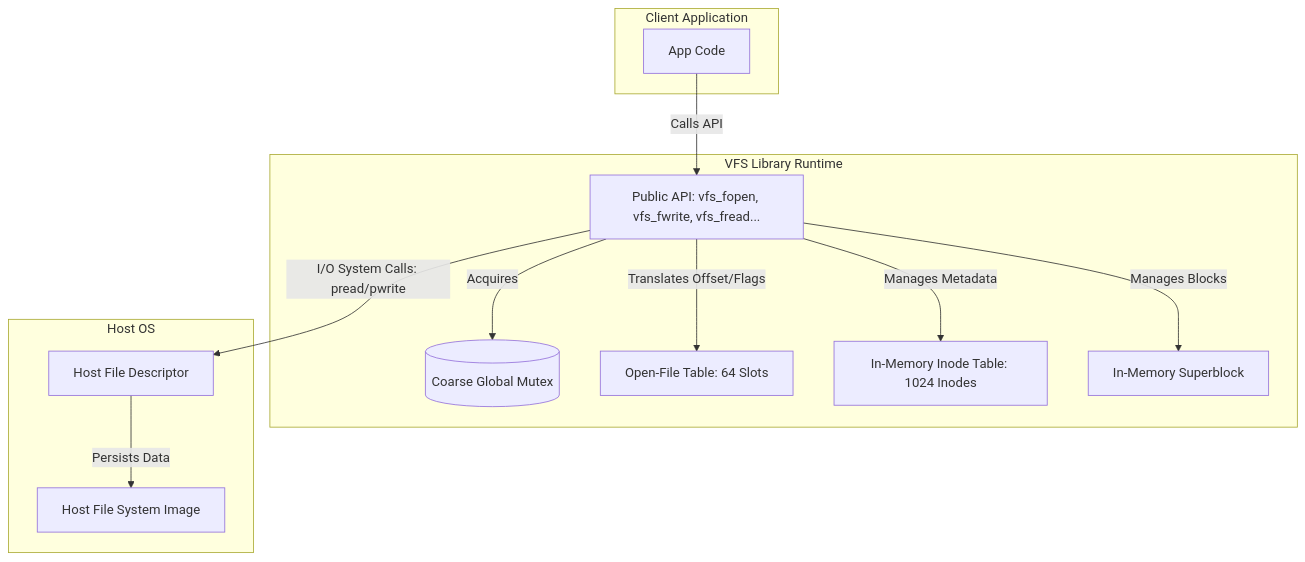
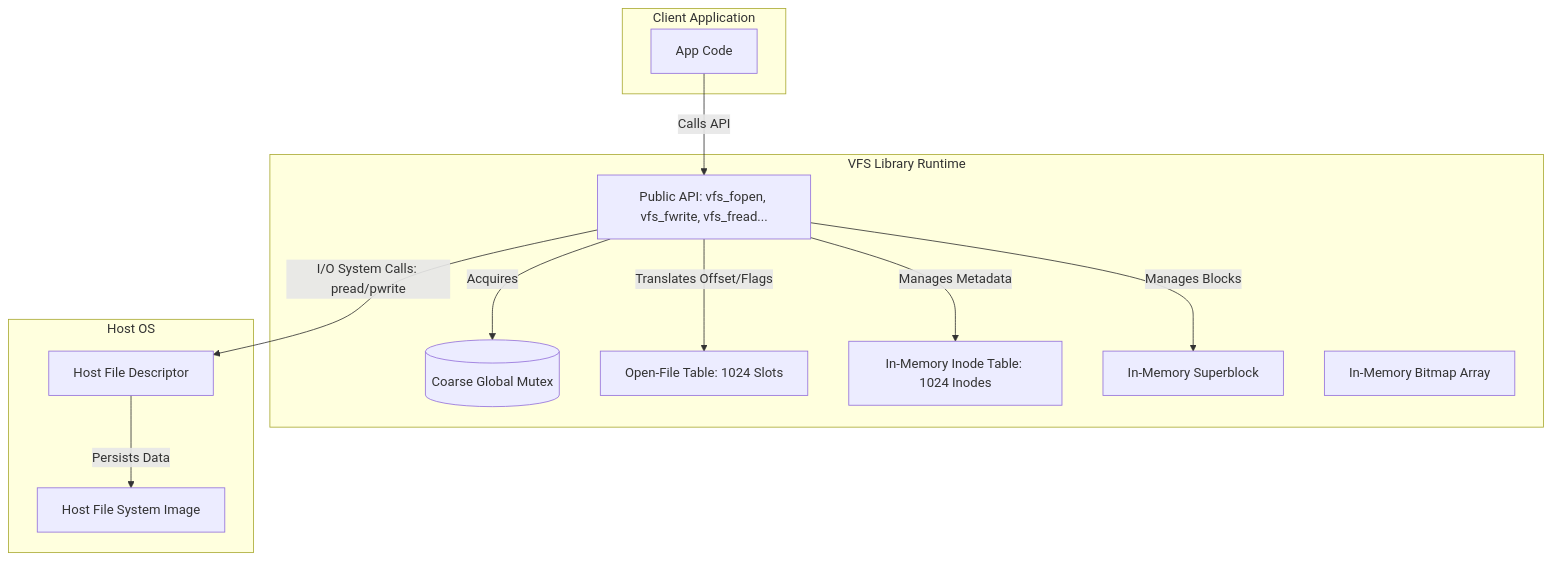
One commit to abiiranathan/vfs changed the first of 5 diagrams in doc.md. Above: the diagram before and after it, drawn with Mermaid. The commit also changed other lines of this file and 13 other files, not shown here.

````diff
--- a/doc.md
+++ b/doc.md
@@ -11,27 +11,28 @@
 ```mermaid
 graph TD
     subgraph Client Application
         App[App Code]
     end
 
     subgraph VFS Library Runtime
         API[Public API: vfs_fopen, vfs_fwrite, vfs_fread...]
         Mutex[(Coarse Global Mutex)]
-        OFT[Open-File Table: 64 Slots]
+        OFT[Open-File Table: 1024 Slots]
         InMemInodes[In-Memory Inode Table: 1024 Inodes]
         InMemSB[In-Memory Superblock]
+        InMemBitmap[In-Memory Bitmap Array]
     end
 
     subgraph Host OS
         FD[Host File Descriptor]
         Disk[Host File System Image]
     end
 
     App -->|Calls API| API
     API -->|Acquires| Mutex
     API -->|Translates Offset/Flags| OFT
     API -->|Manages Metadata| InMemInodes
     API -->|Manages Blocks| InMemSB
     API -->|I/O System Calls: pread/pwrite| FD
     FD -->|Persists Data| Disk
 ```
````
